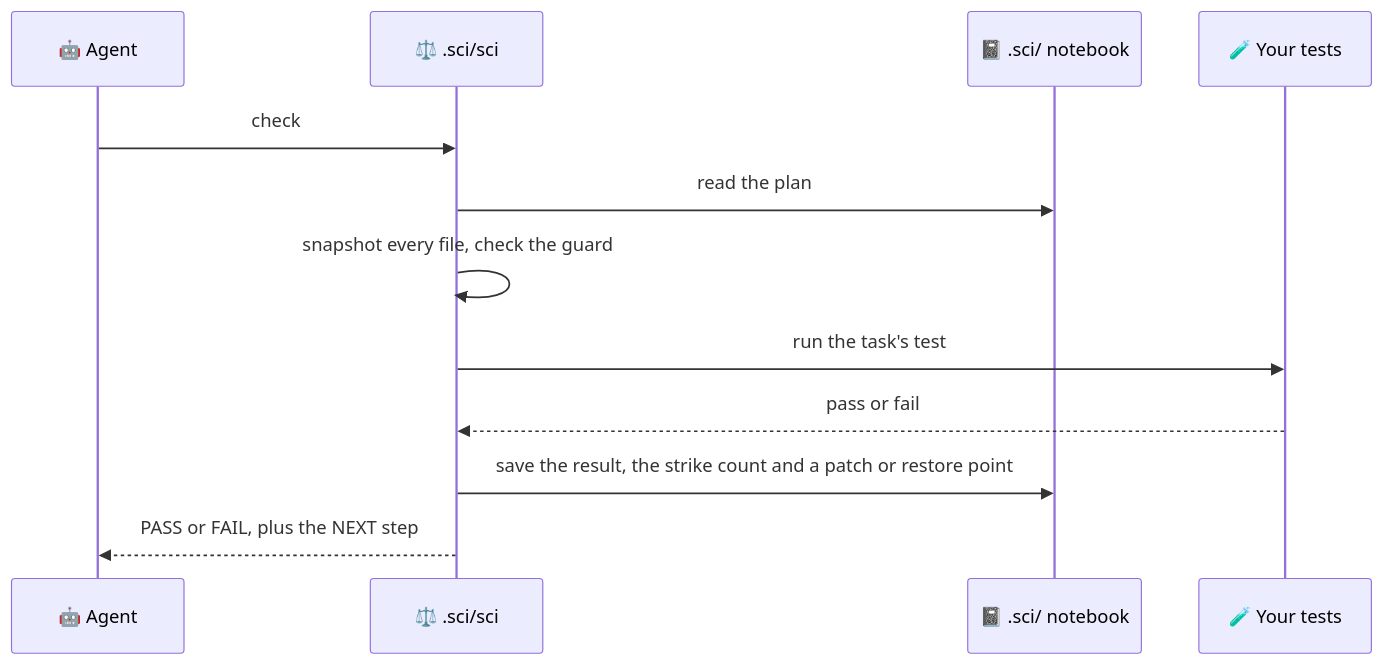
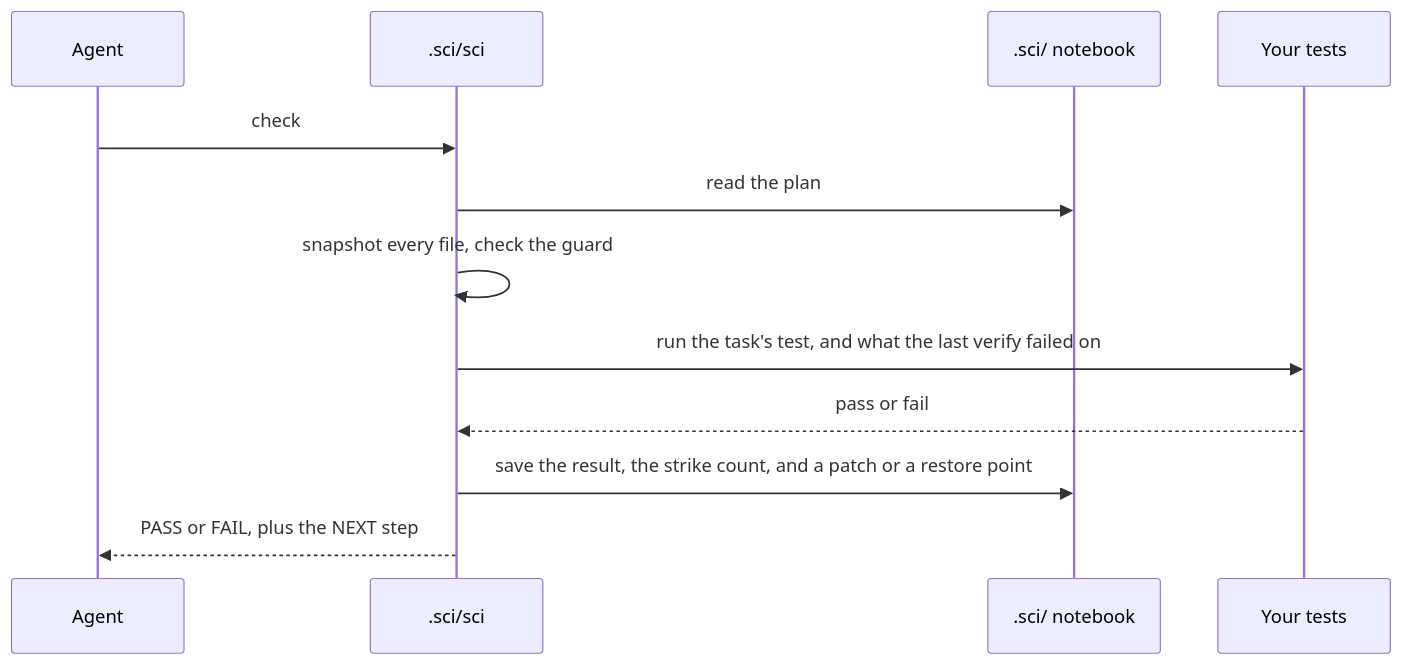
The third of 3 diagrams in README.md (Nag681/sci-harness), drawn with Mermaid before and after one commit. The commit also changed other lines of this file and 6 other files, not shown here.

````diff
--- a/README.md
+++ b/README.md
@@ -272,14 +423,14 @@
 ```mermaid
 sequenceDiagram
-    participant A as 🤖 Agent
-    participant S as ⚖️ .sci/sci
-    participant N as 📓 .sci/ notebook
-    participant T as 🧪 Your tests
+    participant A as Agent
+    participant S as .sci/sci
+    participant N as .sci/ notebook
+    participant T as Your tests
     A->>S: check
     S->>N: read the plan
     S->>S: snapshot every file, check the guard
-    S->>T: run the task's test
+    S->>T: run the task's test, and what the last verify failed on
     T-->>S: pass or fail
-    S->>N: save the result, the strike count and a patch or restore point
+    S->>N: save the result, the strike count, and a patch or a restore point
     S-->>A: PASS or FAIL, plus the NEXT step
 ```
````
